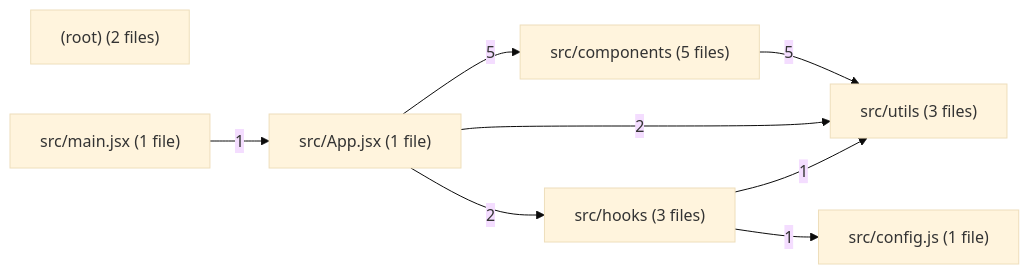
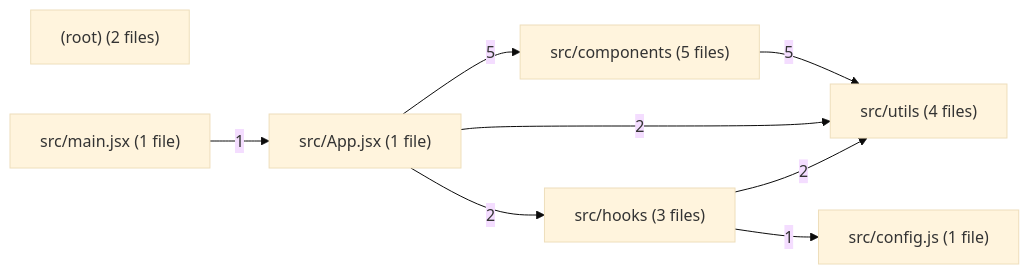
One commit to hpogorelic/grocerly changed the diagram in ARCHITECTURE.md. Above: the diagram before and after it, drawn with Mermaid (base theme). The commit also changed other lines of this file, not shown here.

First line of the commit message:
docs: update ARCHITECTURE.md for parseQuery, persist effect and diagram

````diff
--- a/ARCHITECTURE.md
+++ b/ARCHITECTURE.md
@@ -43,17 +47,17 @@
 ```mermaid
 flowchart LR
   m0["(root) (2 files)"]
   m1["src/App.jsx (1 file)"]
   m2["src/components (5 files)"]
   m3["src/config.js (1 file)"]
   m4["src/hooks (3 files)"]
   m5["src/main.jsx (1 file)"]
-  m6["src/utils (3 files)"]
+  m6["src/utils (4 files)"]
   m1 -->|5| m2
   m2 -->|5| m6
   m1 -->|2| m4
   m1 -->|2| m6
+  m4 -->|2| m6
   m4 -->|1| m3
-  m4 -->|1| m6
   m5 -->|1| m1
 ```
````
